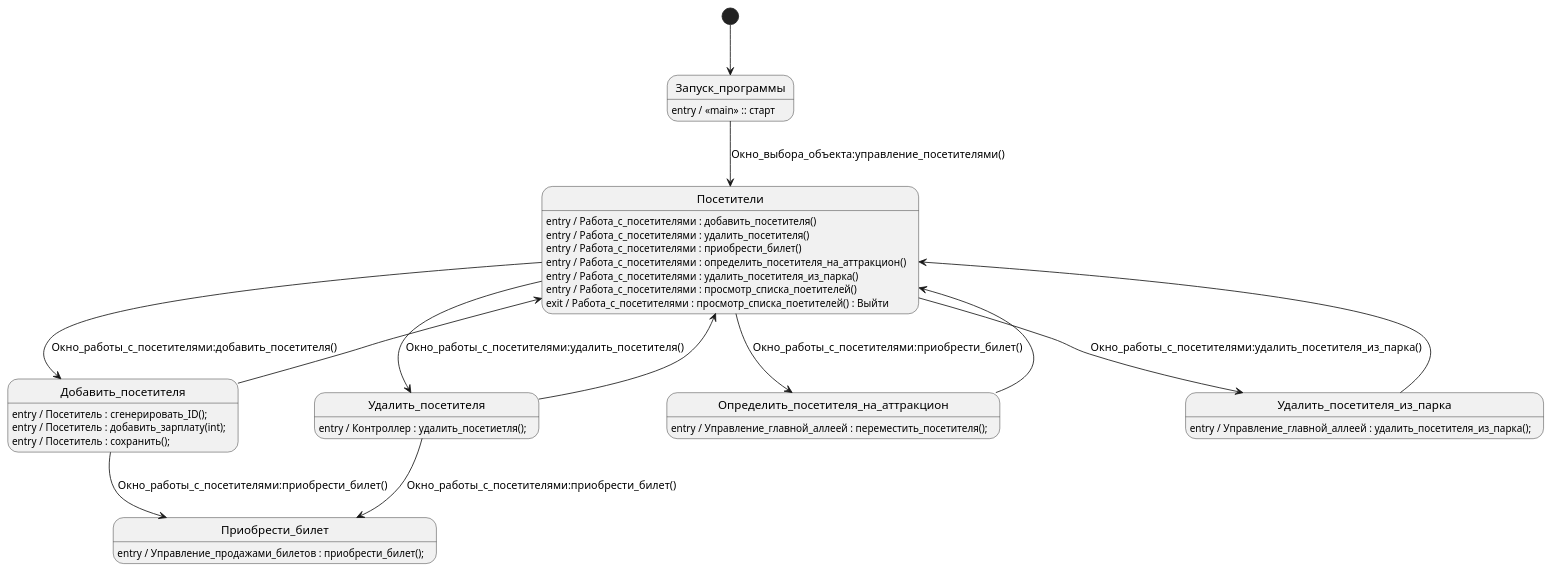
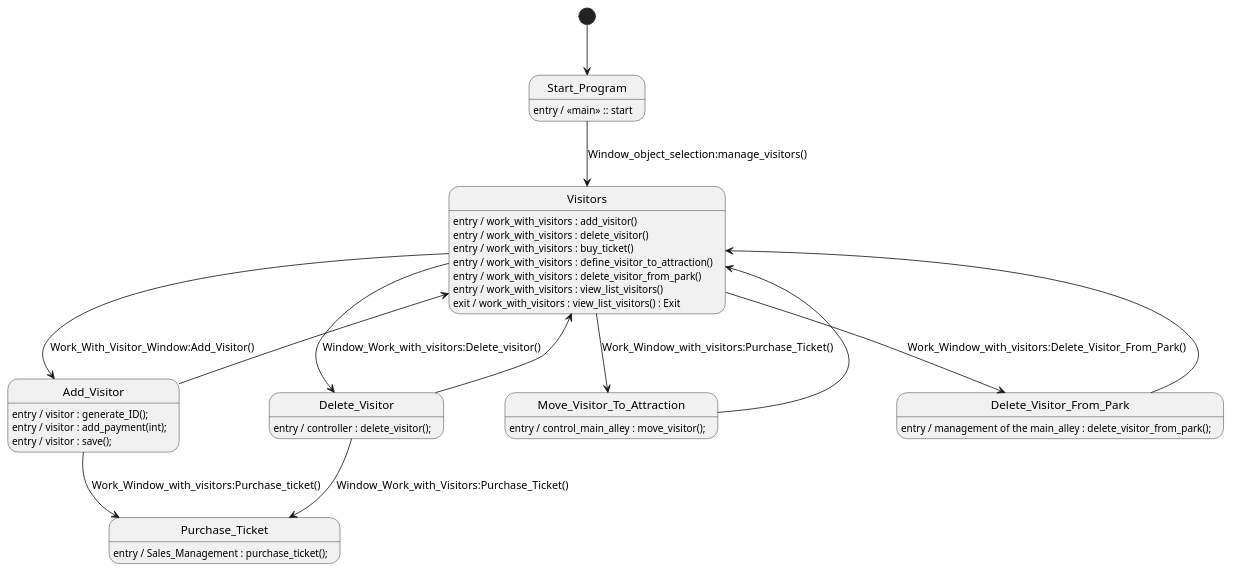
One commit to mzhirko/amusement-park changed the diagram in description/diagrams/diagrams-en/state/state-visitors.wsd. Above: the diagram before and after it, drawn with PlantUML. The commit also changed 5 other files, not shown here.

Commit message:
Translate state + uc diagrams + render images

```diff
--- a/description/diagrams/diagrams-en/state/state-visitors.wsd
+++ b/description/diagrams/diagrams-en/state/state-visitors.wsd
@@ -1,37 +1,37 @@
 @startuml
 hide empty description
 
-[*] --> Запуск_программы
-    Запуск_программы : entry / <<main>> :: старт
+[*] --> Start_Program
+    Start_Program : entry / <<main>> :: start
 
-    Запуск_программы --> Посетители : Окно_выбора_объекта:управление_посетителями()
-        Посетители : entry / Работа_с_посетителями : добавить_посетителя()
-        Посетители : entry / Работа_с_посетителями : удалить_посетителя()
-        Посетители : entry / Работа_с_посетителями : приобрести_билет()
-        Посетители : entry / Работа_с_посетителями : определить_посетителя_на_аттракцион()
-        Посетители : entry / Работа_с_посетителями : удалить_посетителя_из_парка()
-        Посетители : entry / Работа_с_посетителями : просмотр_списка_поетителей()
-        Посетители : exit / Работа_с_посетителями : просмотр_списка_поетителей() : Выйти
-            Посетители --> Добавить_посетителя: Окно_работы_с_посетителями:добавить_посетителя()
-                Добавить_посетителя : entry / Посетитель : сгенерировать_ID();
-                Добавить_посетителя : entry / Посетитель : добавить_зарплату(int);
-                Добавить_посетителя : entry / Посетитель : сохранить();
-            Добавить_посетителя --> Посетители
+    Start_Program --> Visitors : Window_object_selection:manage_visitors()
+        Visitors : entry / work_with_visitors : add_visitor()
+        Visitors : entry / work_with_visitors : delete_visitor()
+        Visitors : entry / work_with_visitors : buy_ticket()
+        Visitors : entry / work_with_visitors : define_visitor_to_attraction()
+        Visitors : entry / work_with_visitors : delete_visitor_from_park()
+        Visitors : entry / work_with_visitors : view_list_visitors()
+        Visitors : exit / work_with_visitors : view_list_visitors() : Exit
+            Visitors --> Add_Visitor: Work_With_Visitor_Window:Add_Visitor()
+                Add_Visitor : entry / visitor : generate_ID();
+                Add_Visitor : entry / visitor : add_payment(int);
+                Add_Visitor : entry / visitor : save();
+            Add_Visitor --> Visitors
 
-            Посетители --> Удалить_посетителя: Окно_работы_с_посетителями:удалить_посетителя()
-                Удалить_посетителя : entry / Контроллер : удалить_посетиетля();
-            Удалить_посетителя --> Посетители
+            Visitors --> Delete_Visitor: Window_Work_with_visitors:Delete_visitor()
+                Delete_Visitor : entry / controller : delete_visitor();
+            Delete_Visitor --> Visitors
 
-                    Удалить_посетителя --> Приобрести_билет: Окно_работы_с_посетителями:приобрести_билет()
-                    Добавить_посетителя --> Приобрести_билет: Окно_работы_с_посетителями:приобрести_билет()
-                        Приобрести_билет : entry / Управление_продажами_билетов : приобрести_билет();
+                    Delete_Visitor --> Purchase_Ticket: Window_Work_with_Visitors:Purchase_Ticket()
+                    Add_Visitor --> Purchase_Ticket: Work_Window_with_visitors:Purchase_ticket()
+                        Purchase_Ticket : entry / Sales_Management : purchase_ticket();
             
-            Посетители --> Определить_посетителя_на_аттракцион: Окно_работы_с_посетителями:приобрести_билет()
-                Определить_посетителя_на_аттракцион : entry / Управление_главной_аллеей : переместить_посетителя();
-            Определить_посетителя_на_аттракцион --> Посетители
+            Visitors --> Move_Visitor_To_Attraction: Work_Window_with_visitors:Purchase_Ticket()
+                Move_Visitor_To_Attraction : entry / control_main_alley : move_visitor();
+            Move_Visitor_To_Attraction --> Visitors
             
-            Посетители --> Удалить_посетителя_из_парка: Окно_работы_с_посетителями:удалить_посетителя_из_парка()
-                Удалить_посетителя_из_парка : entry / Управление_главной_аллеей : удалить_посетителя_из_парка();
-            Удалить_посетителя_из_парка --> Посетители 
-     
+            Visitors --> Delete_Visitor_From_Park: Work_Window_with_visitors:Delete_Visitor_From_Park()
+                Delete_Visitor_From_Park : entry / management of the main_alley : delete_visitor_from_park();
+            Delete_Visitor_From_Park --> Visitors 
+          
 @enduml
```
